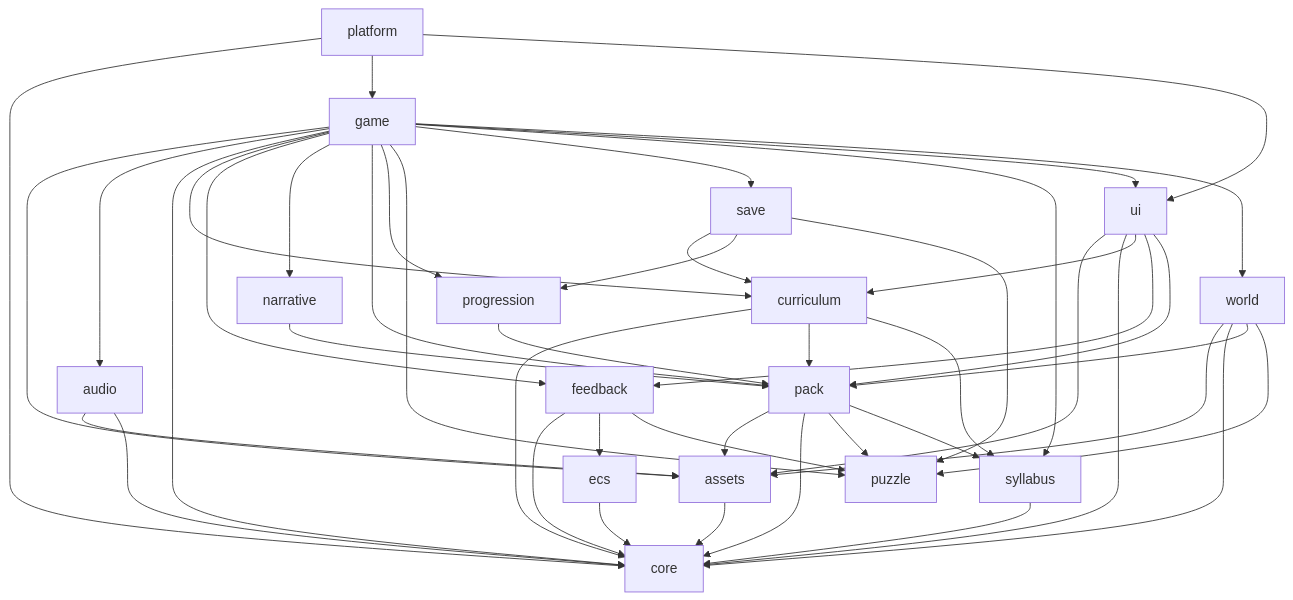
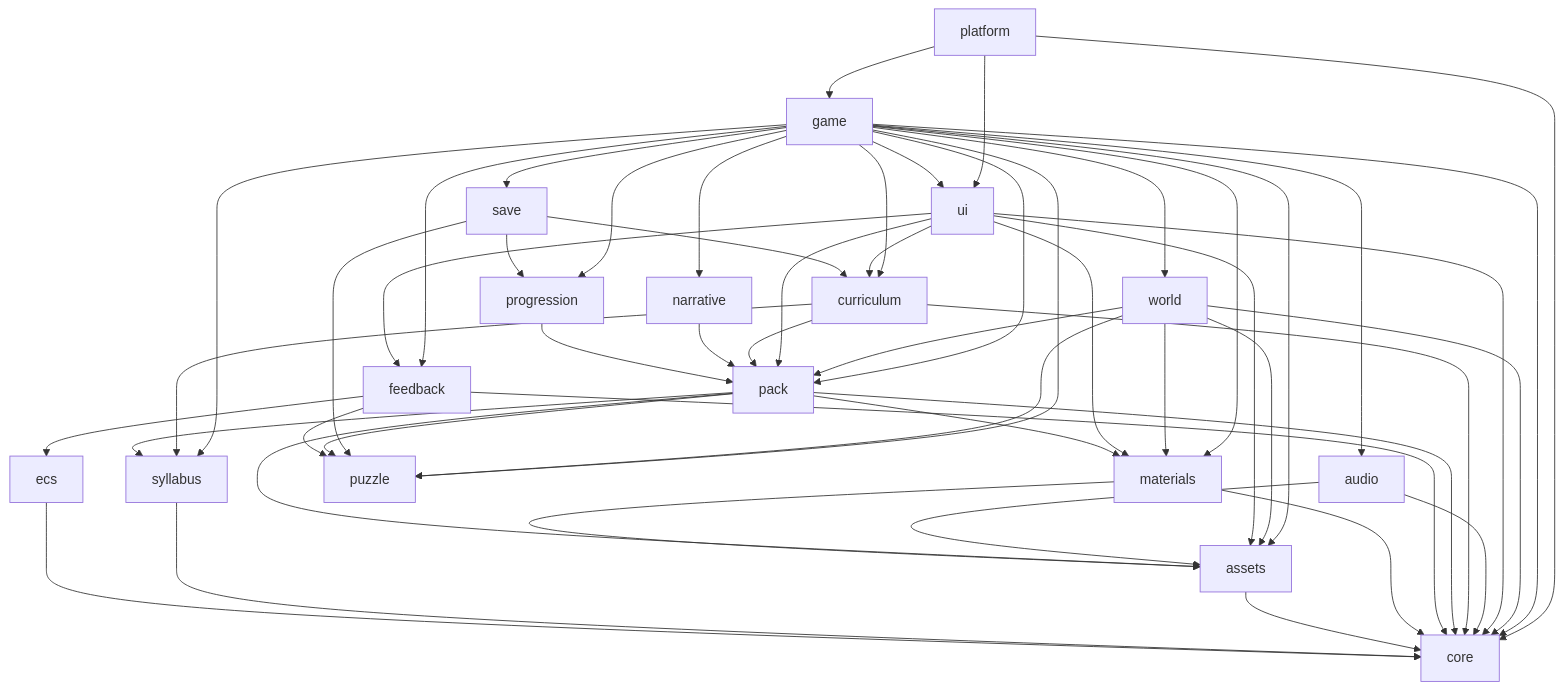
The diagram in docs/puzzle-engine/contracts/module-boundaries.md (Snorre98/shrinkonauts), drawn with Mermaid before and after one commit. The commit also changed other lines of this file and 74 other files, not shown here.

````diff
--- a/docs/puzzle-engine/contracts/module-boundaries.md
+++ b/docs/puzzle-engine/contracts/module-boundaries.md
@@ -98,50 +103,56 @@
 ```mermaid
 flowchart TB
     core[core]
     ecs[ecs] --> core
     syllabus[syllabus] --> core
     assets[assets] --> core
+    materials[materials] --> assets
+    materials --> core
     puzzle[puzzle]
     feedback[feedback] --> core
     feedback --> ecs
     feedback --> puzzle
     pack[pack] --> assets
     pack --> core
+    pack --> materials
     pack --> puzzle
     pack --> syllabus
     progression[progression] --> pack
     narrative[narrative] --> pack
     curriculum[curriculum] --> core
     curriculum --> pack
     curriculum --> syllabus
     save[save] --> curriculum
     save --> progression
     save --> puzzle
     audio[audio] --> assets
     audio --> core
     ui[ui] --> assets
     ui --> core
     ui --> curriculum
     ui --> feedback
+    ui --> materials
     ui --> pack
     world[world] --> assets
     world --> core
+    world --> materials
     world --> pack
     world --> puzzle
     game[game] --> assets
     game --> audio
     game --> core
     game --> curriculum
     game --> feedback
+    game --> materials
     game --> narrative
     game --> pack
     game --> progression
     game --> puzzle
     game --> save
     game --> syllabus
     game --> ui
     game --> world
     platform[platform] --> core
     platform --> game
     platform --> ui
 ```
````
